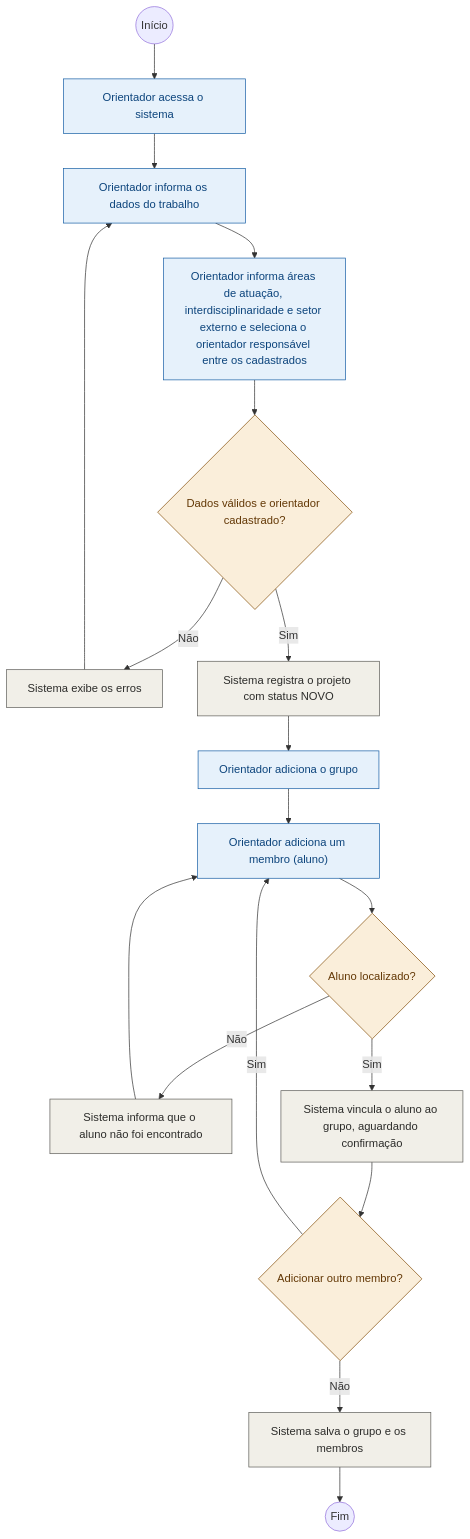
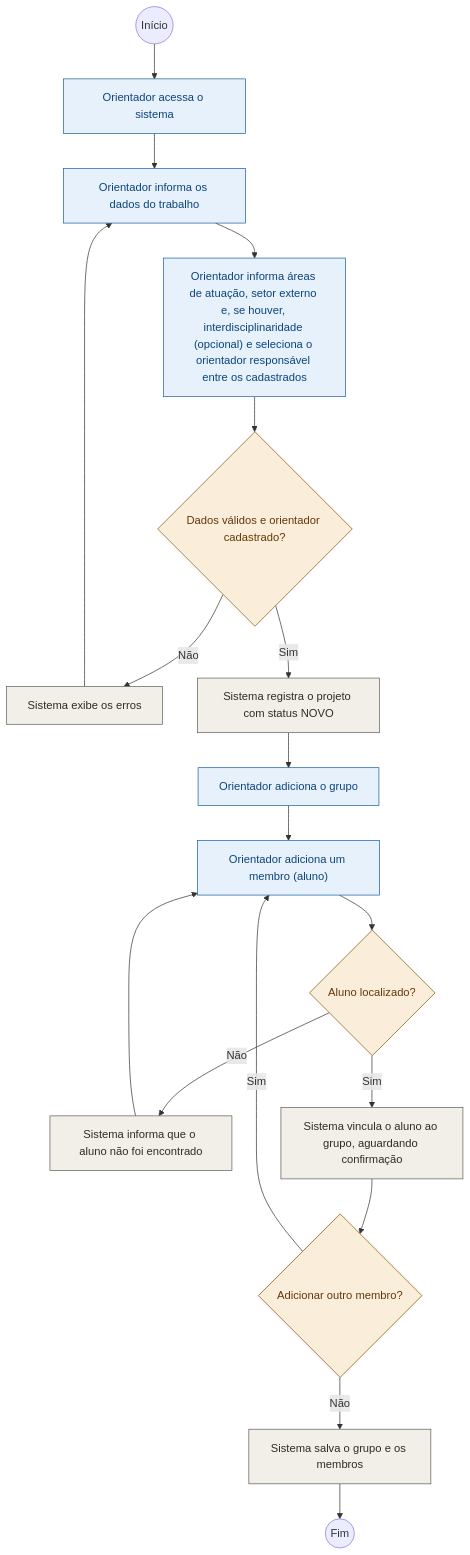
One commit to HevertonMarques/desweb_rep changed the diagram in documentos/atividades/01-registrar-trabalho-grupo-membros.mmd. Above: the diagram before and after it, drawn with Mermaid. The commit also changed 26 other files, not shown here.

```diff
--- a/documentos/atividades/01-registrar-trabalho-grupo-membros.mmd
+++ b/documentos/atividades/01-registrar-trabalho-grupo-membros.mmd
@@ -1,24 +1,24 @@
 flowchart TD
   ini(("Início")) --> a1["Orientador acessa o sistema"]
   a1 --> a2["Orientador informa os dados do trabalho"]
-  a2 --> a3["Orientador informa áreas de atuação, interdisciplinaridade e setor externo e seleciona o orientador responsável entre os cadastrados"]
+  a2 --> a3["Orientador informa áreas de atuação, setor externo e, se houver, interdisciplinaridade (opcional) e seleciona o orientador responsável entre os cadastrados"]
   a3 --> d1{"Dados válidos e orientador cadastrado?"}
   d1 -- Não --> s1["Sistema exibe os erros"]
   s1 --> a2
   d1 -- Sim --> s2["Sistema registra o projeto com status NOVO"]
   s2 --> a4["Orientador adiciona o grupo"]
   a4 --> a5["Orientador adiciona um membro (aluno)"]
   a5 --> d2{"Aluno localizado?"}
   d2 -- Não --> s3["Sistema informa que o aluno não foi encontrado"]
   s3 --> a5
   d2 -- Sim --> s4["Sistema vincula o aluno ao grupo, aguardando confirmação"]
   s4 --> d3{"Adicionar outro membro?"}
   d3 -- Sim --> a5
   d3 -- Não --> s5["Sistema salva o grupo e os membros"]
   s5 --> fim((Fim))
   classDef ator fill:#E6F1FB,stroke:#185FA5,color:#0C447C
   classDef sis fill:#F1EFE8,stroke:#5F5E5A,color:#2C2C2A
   classDef dec fill:#FAEEDA,stroke:#854F0B,color:#633806
   class a1,a2,a3,a4,a5 ator
   class s1,s2,s3,s4,s5 sis
   class d1,d2,d3 dec
```
